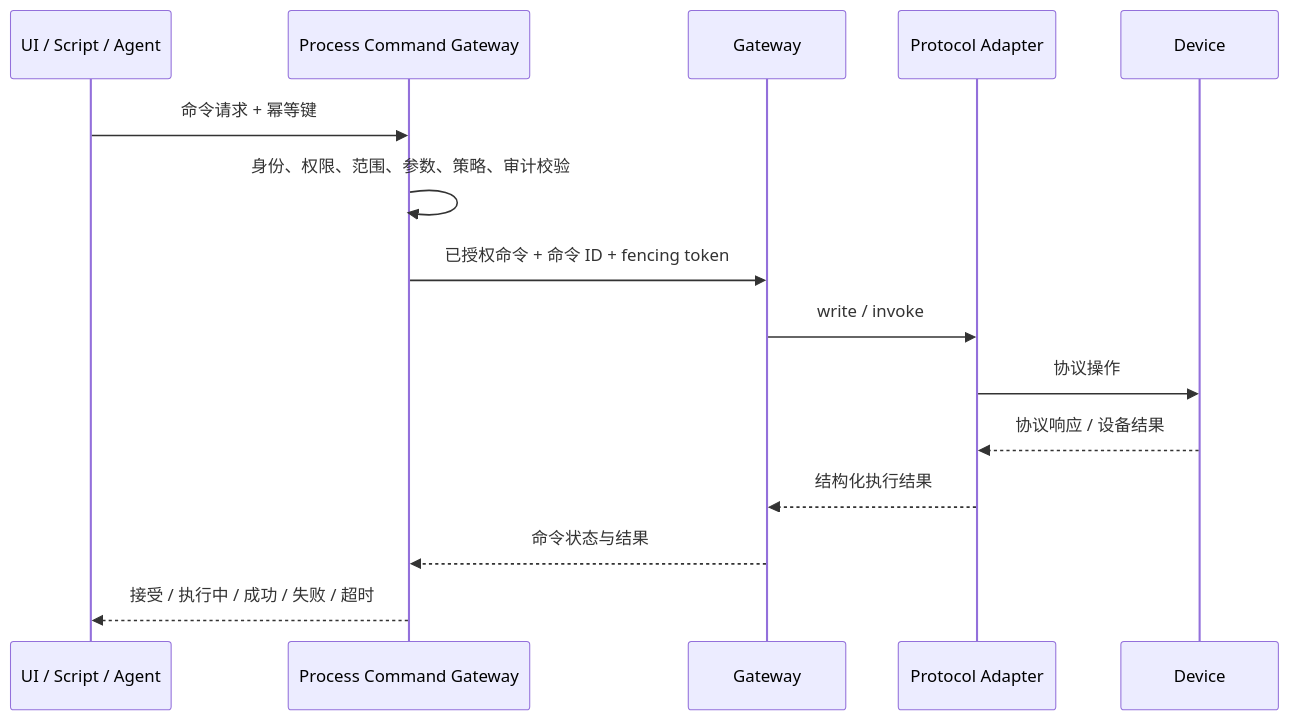
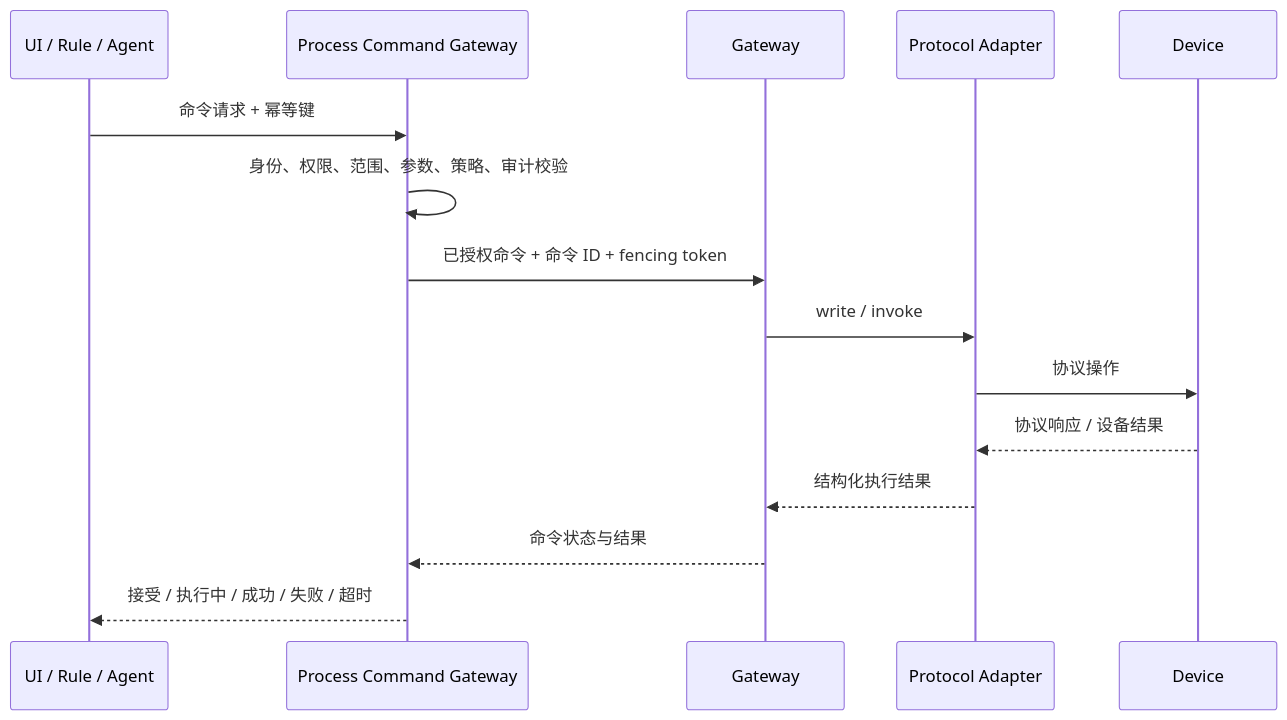
The second of 2 diagrams in docs/architecture/technical-design.md (simulator-bot/industrial-automation-connectors), drawn with Mermaid before and after one commit. The commit also changed other lines of this file and 1 other file, not shown here.

````diff
--- a/docs/architecture/technical-design.md
+++ b/docs/architecture/technical-design.md
@@ -272,17 +272,17 @@
 ```mermaid
 sequenceDiagram
-    participant Caller as UI / Script / Agent
+    participant Caller as UI / Rule / Agent
     participant P as Process Command Gateway
     participant G as Gateway
     participant A as Protocol Adapter
     participant D as Device
     Caller->>P: 命令请求 + 幂等键
     P->>P: 身份、权限、范围、参数、策略、审计校验
     P->>G: 已授权命令 + 命令 ID + fencing token
     G->>A: write / invoke
     A->>D: 协议操作
     D-->>A: 协议响应 / 设备结果
     A-->>G: 结构化执行结果
     G-->>P: 命令状态与结果
     P-->>Caller: 接受 / 执行中 / 成功 / 失败 / 超时
 ```
````
